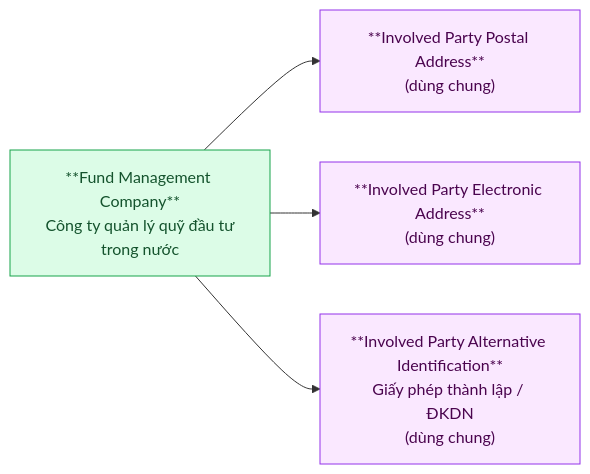
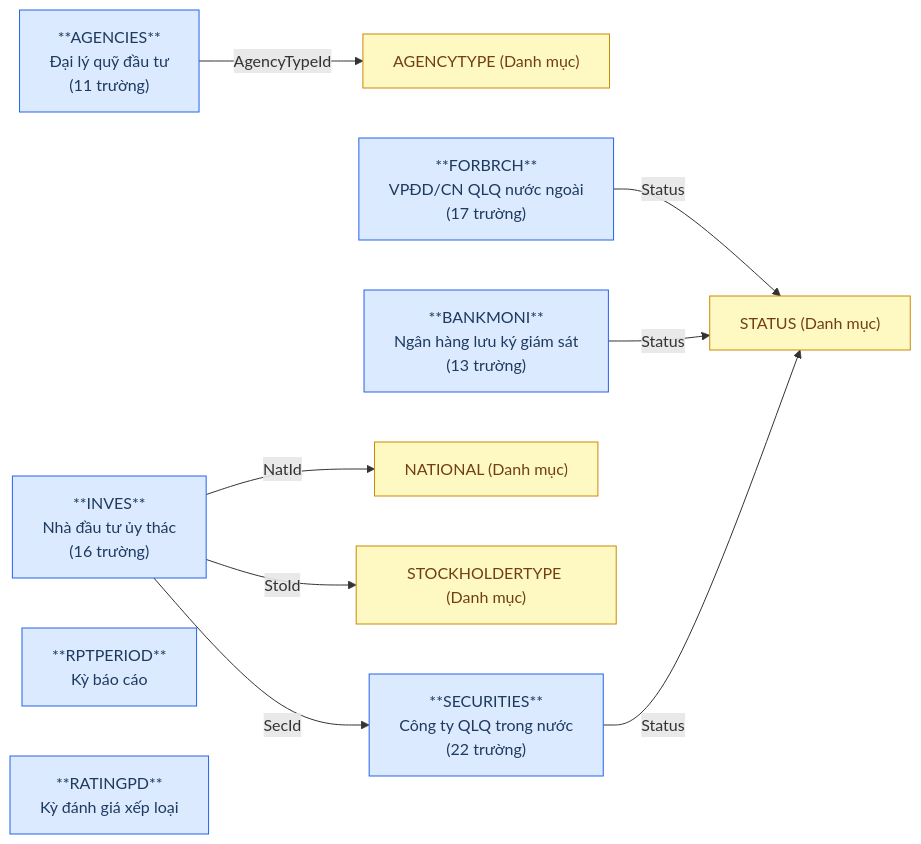
Before and after one commit to linhlvit/ubck_atomic_design: the first of 2 diagrams in Silver/hld/FMS_HLD_Tier1.md, drawn with Mermaid. The commit also changed other lines of this file and 111 other files, not shown here.

````diff
--- a/Silver/hld/FMS_HLD_Tier1.md
+++ b/Silver/hld/FMS_HLD_Tier1.md
@@ -29,14 +30,26 @@
 ```mermaid
 graph LR
-    classDef silver fill:#dcfce7,stroke:#16a34a,color:#14532d
-    classDef shared fill:#fae8ff,stroke:#9333ea,color:#4a044e
+    classDef src fill:#dbeafe,stroke:#2563eb,color:#1e3a5f
+    classDef dim fill:#fef9c3,stroke:#ca8a04,color:#713f12
 
-    FMC["**Fund Management Company**\nCông ty quản lý quỹ đầu tư\ntrong nước"]:::silver
-    ADDR["**Involved Party Postal Address**\n(dùng chung)"]:::shared
-    EADDR["**Involved Party Electronic Address**\n(dùng chung)"]:::shared
-    ALTID["**Involved Party Alternative Identification**\nGiấy phép thành lập / ĐKDN\n(dùng chung)"]:::shared
+    SECURITIES["**SECURITIES**\nCông ty QLQ trong nước\n(22 trường)"]:::src
+    FORBRCH["**FORBRCH**\nVPĐD/CN QLQ nước ngoài\n(17 trường)"]:::src
+    BANKMONI["**BANKMONI**\nNgân hàng lưu ký giám sát\n(13 trường)"]:::src
+    AGENCIES["**AGENCIES**\nĐại lý quỹ đầu tư\n(11 trường)"]:::src
+    INVES["**INVES**\nNhà đầu tư ủy thác\n(16 trường)"]:::src
+    RPTPERIOD["**RPTPERIOD**\nKỳ báo cáo"]:::src
+    RATINGPD["**RATINGPD**\nKỳ đánh giá xếp loại"]:::src
 
-    FMC --> ADDR
-    FMC --> EADDR
-    FMC --> ALTID
+    STATUS["STATUS (Danh mục)"]:::dim
+    AGENCYTYPE["AGENCYTYPE (Danh mục)"]:::dim
+    NATIONAL["NATIONAL (Danh mục)"]:::dim
+    STOCKHOLDERTYPE["STOCKHOLDERTYPE (Danh mục)"]:::dim
+
+    SECURITIES -->|Status| STATUS
+    FORBRCH -->|Status| STATUS
+    BANKMONI -->|Status| STATUS
+    AGENCIES -->|AgencyTypeId| AGENCYTYPE
+    INVES -->|NatId| NATIONAL
+    INVES -->|StoId| STOCKHOLDERTYPE
+    INVES -->|SecId| SECURITIES
 ```
````
